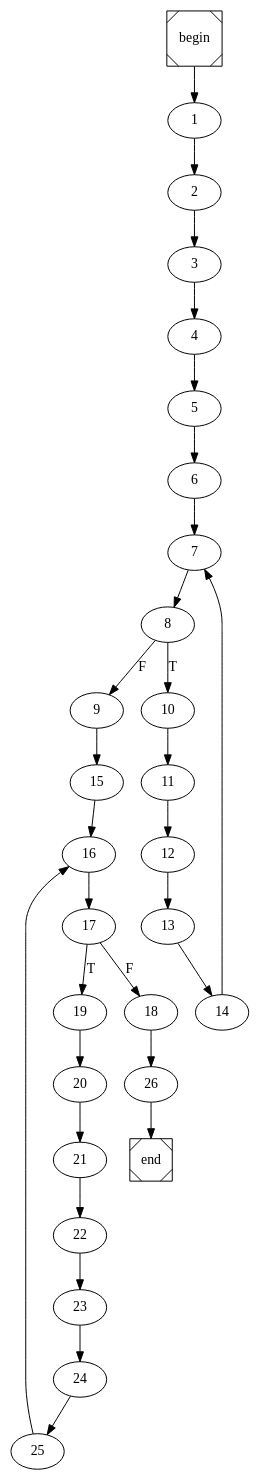
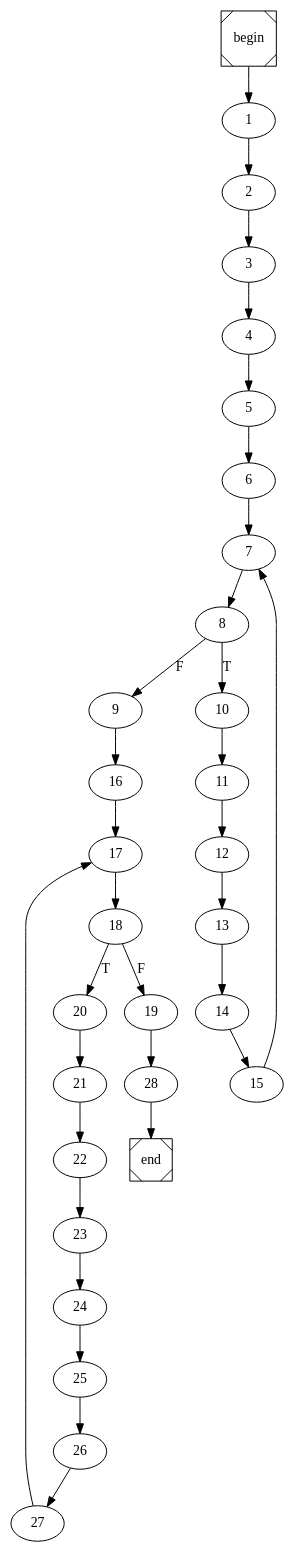
The diagram in concat_int_arr_int_arr.dot (arubenruben/JMM-Compiler), drawn with Graphviz before and after one commit. The commit also changed 11 other files, not shown here.

```diff
--- a/concat_int_arr_int_arr.dot
+++ b/concat_int_arr_int_arr.dot
@@ -1,4 +1,4 @@
 digraph cfg {
 	begin [shape=Msquare];
 	end [shape=Msquare];
-	begin -> 1;	1 -> 2;	2 -> 3;	3 -> 4;	4 -> 5;	5 -> 6;	6 -> 7;	7 -> 8;	8 -> 10[label=T];	8 -> 9[label=F];	9 -> 15;	10 -> 11;	11 -> 12;	12 -> 13;	13 -> 14;	14 -> 7;	15 -> 16;	16 -> 17;	17 -> 19[label=T];	17 -> 18[label=F];	18 -> 26;	19 -> 20;	20 -> 21;	21 -> 22;	22 -> 23;	23 -> 24;	24 -> 25;	25 -> 16;	26 -> end;}
+	begin -> 1;	1 -> 2;	2 -> 3;	3 -> 4;	4 -> 5;	5 -> 6;	6 -> 7;	7 -> 8;	8 -> 10[label=T];	8 -> 9[label=F];	9 -> 16;	10 -> 11;	11 -> 12;	12 -> 13;	13 -> 14;	14 -> 15;	15 -> 7;	16 -> 17;	17 -> 18;	18 -> 20[label=T];	18 -> 19[label=F];	19 -> 28;	20 -> 21;	21 -> 22;	22 -> 23;	23 -> 24;	24 -> 25;	25 -> 26;	26 -> 27;	27 -> 17;	28 -> end;}
```
